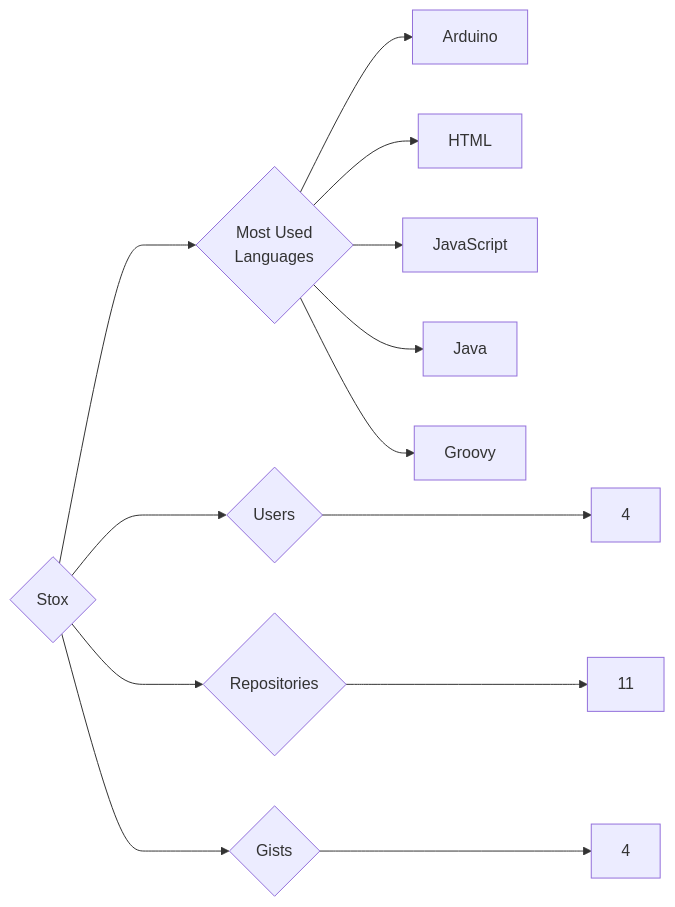
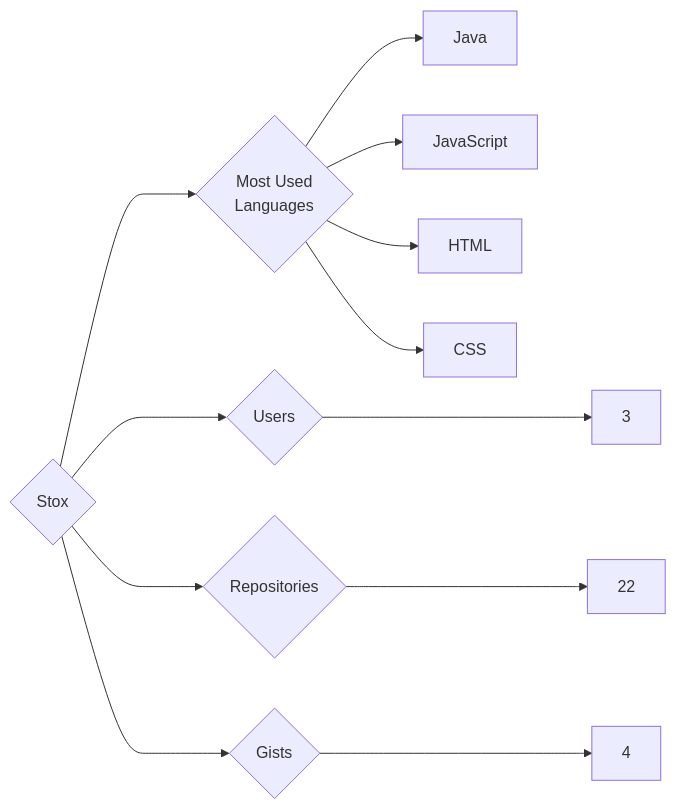
One commit to trickest/insiders changed the diagram in targets/Stox/README.md. Above: the diagram before and after it, drawn with Mermaid. The commit also changed 973 other files, not shown here.

````diff
--- a/targets/Stox/README.md
+++ b/targets/Stox/README.md
@@ -3,13 +3,12 @@
 ```mermaid
 graph LR
 COMPANY_NAME{Stox}
-COMPANY_NAME ---> U{Users} ---> UN[4]
-COMPANY_NAME ---> R{Repositories} ---> RN[11]
+COMPANY_NAME ---> U{Users} ---> UN[3]
+COMPANY_NAME ---> R{Repositories} ---> RN[22]
 COMPANY_NAME ---> G{Gists} ---> GN[4]
 COMPANY_NAME ---> ML{Most Used<br>Languages}
-ML --> Arduino[Arduino]
+ML --> Java[Java]
+ML --> JavaScript[JavaScript]
 ML --> HTML[HTML]
-ML --> JavaScript[JavaScript]
-ML --> Java[Java]
-ML --> Groovy[Groovy]
+ML --> CSS[CSS]
 ```
````
